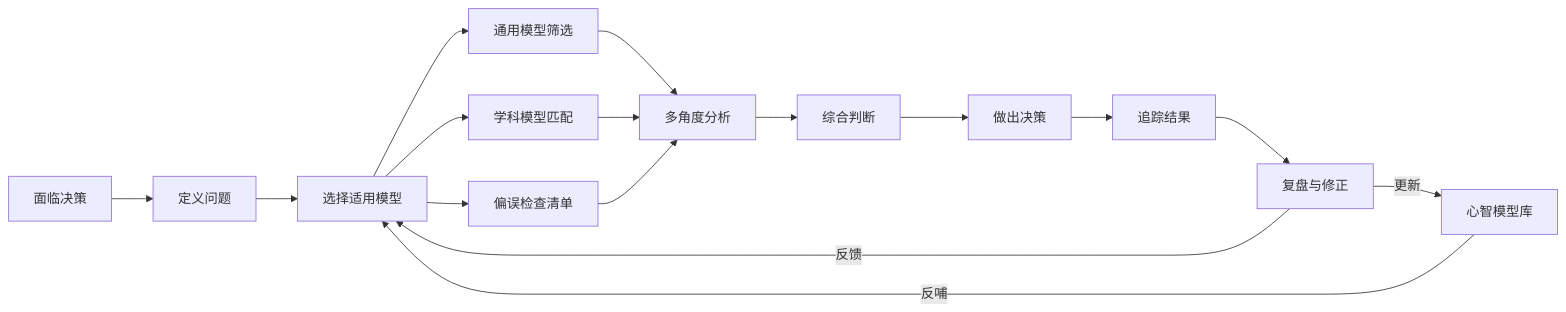
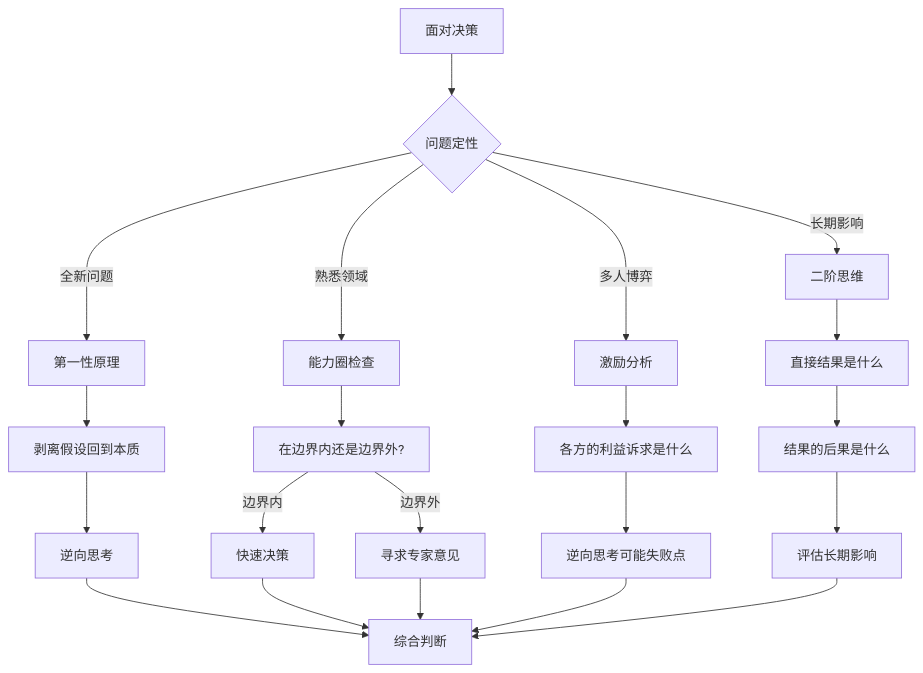
The third of 4 diagrams in 人类文明经典阅读计划/公众号系列/08-认知思维/09-思考的框架/02-知识图谱图片描述.md (lystrosaurus/gtool), drawn with Mermaid before and after one commit. The commit also changed other lines of this file and 60 other files, not shown here.

````diff
--- a/人类文明经典阅读计划/公众号系列/08-认知思维/09-思考的框架/02-知识图谱图片描述.md
+++ b/人类文明经典阅读计划/公众号系列/08-认知思维/09-思考的框架/02-知识图谱图片描述.md
@@ -54,18 +71,29 @@
 ```mermaid
-graph LR
-    A["面临决策"] --> B["定义问题"]
-    B --> C["选择适用模型"]
-    C --> C1["通用模型筛选"]
-    C --> C2["学科模型匹配"]
-    C --> C3["偏误检查清单"]
-    C1 --> D["多角度分析"]
-    C2 --> D
-    C3 --> D
-    D --> E["综合判断"]
-    E --> F["做出决策"]
-    F --> G["追踪结果"]
-    G --> H["复盘与修正"]
-    H -->|"反馈"| C
-    H -->|"更新"| I["心智模型库"]
-    I -->|"反哺"| C
+graph TD
+    A[面对决策] --> B{问题定性}
+    
+    B -->|全新问题| C[第一性原理]
+    B -->|熟悉领域| D[能力圈检查]
+    B -->|多人博弈| E[激励分析]
+    B -->|长期影响| F[二阶思维]
+    
+    C --> C1[剥离假设回到本质]
+    C1 --> G[逆向思考]
+    
+    D --> D1[在边界内还是边界外?]
+    D1 -->|边界内| D2[快速决策]
+    D1 -->|边界外| D3[寻求专家意见]
+    
+    E --> E1[各方的利益诉求是什么]
+    E1 --> H[逆向思考可能失败点]
+    
+    F --> F1[直接结果是什么]
+    F1 --> F2[结果的后果是什么]
+    F2 --> I[评估长期影响]
+    
+    G --> J[综合判断]
+    D2 --> J
+    D3 --> J
+    H --> J
+    I --> J
 ```
````
